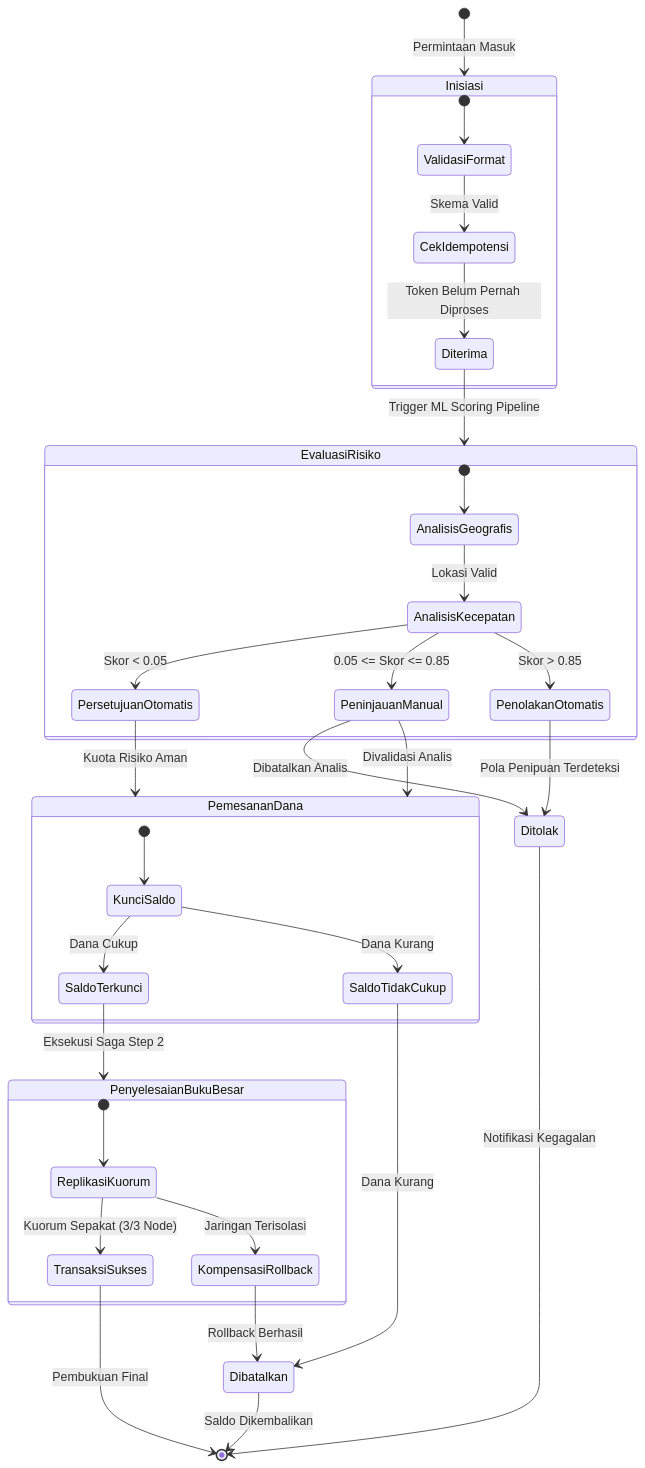
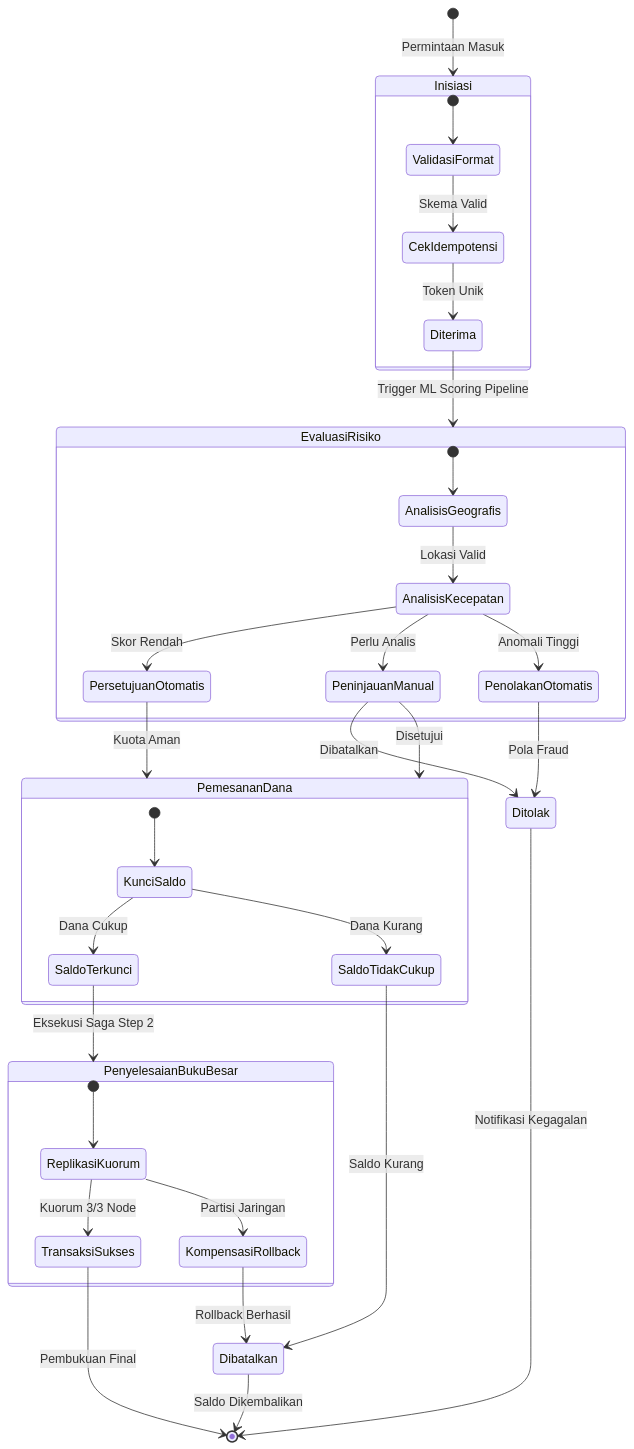
One commit to masumrpg/react-native-library changed the third of 5 diagrams in apps/cli/markforge/docs/document.md. Above: the diagram before and after it, drawn with Mermaid. The commit also changed other lines of this file and 23 other files, not shown here.

Commit message:
feat(markforge): add mermaid theme and rendering configuration support

````diff
--- a/apps/cli/markforge/docs/document.md
+++ b/apps/cli/markforge/docs/document.md
@@ -199,45 +201,45 @@
 ```mermaid
 stateDiagram-v2
     [*] --> Inisiasi : Permintaan Masuk
     
     state Inisiasi {
         [*] --> ValidasiFormat
         ValidasiFormat --> CekIdempotensi : Skema Valid
-        CekIdempotensi --> Diterima : Token Belum Pernah Diproses
+        CekIdempotensi --> Diterima : Token Unik
     }
 
     Diterima --> EvaluasiRisiko : Trigger ML Scoring Pipeline
     
     state EvaluasiRisiko {
         [*] --> AnalisisGeografis
         AnalisisGeografis --> AnalisisKecepatan : Lokasi Valid
-        AnalisisKecepatan --> PersetujuanOtomatis : Skor < 0.05
-        AnalisisKecepatan --> PeninjauanManual : 0.05 <= Skor <= 0.85
-        AnalisisKecepatan --> PenolakanOtomatis : Skor > 0.85
+        AnalisisKecepatan --> PersetujuanOtomatis : Skor Rendah
+        AnalisisKecepatan --> PeninjauanManual : Perlu Analis
+        AnalisisKecepatan --> PenolakanOtomatis : Anomali Tinggi
     }
 
-    PersetujuanOtomatis --> PemesananDana : Kuota Risiko Aman
-    PeninjauanManual --> PemesananDana : Divalidasi Analis
-    PeninjauanManual --> Ditolak : Dibatalkan Analis
-    PenolakanOtomatis --> Ditolak : Pola Penipuan Terdeteksi
+    PersetujuanOtomatis --> PemesananDana : Kuota Aman
+    PeninjauanManual --> PemesananDana : Disetujui
+    PeninjauanManual --> Ditolak : Dibatalkan
+    PenolakanOtomatis --> Ditolak : Pola Fraud
 
     state PemesananDana {
         [*] --> KunciSaldo
         KunciSaldo --> SaldoTerkunci : Dana Cukup
         KunciSaldo --> SaldoTidakCukup : Dana Kurang
     }
 
-    SaldoTidakCukup --> Dibatalkan : Dana Kurang
+    SaldoTidakCukup --> Dibatalkan : Saldo Kurang
     SaldoTerkunci --> PenyelesaianBukuBesar : Eksekusi Saga Step 2
 
     state PenyelesaianBukuBesar {
         [*] --> ReplikasiKuorum
-        ReplikasiKuorum --> TransaksiSukses : Kuorum Sepakat (3/3 Node)
-        ReplikasiKuorum --> KompensasiRollback : Jaringan Terisolasi
+        ReplikasiKuorum --> TransaksiSukses : Kuorum 3/3 Node
+        ReplikasiKuorum --> KompensasiRollback : Partisi Jaringan
     }
 
     KompensasiRollback --> Dibatalkan : Rollback Berhasil
     TransaksiSukses --> [*] : Pembukuan Final
     Ditolak --> [*] : Notifikasi Kegagalan
     Dibatalkan --> [*] : Saldo Dikembalikan
 ```
````
